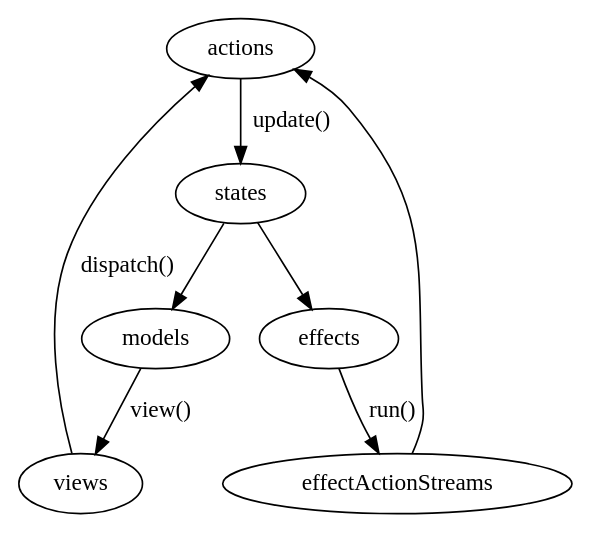
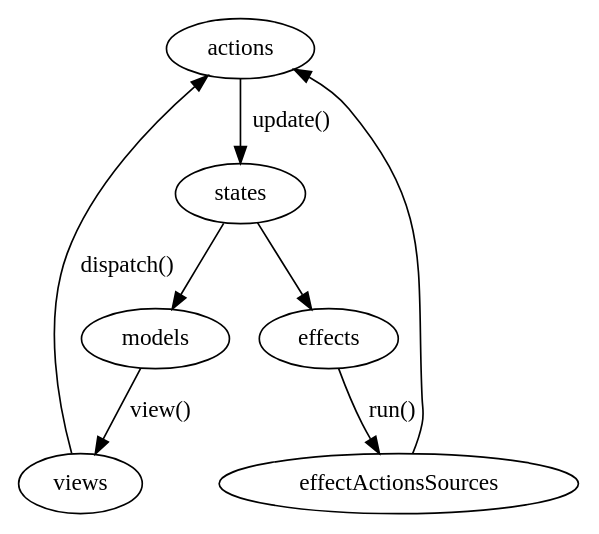
One commit to ahdinosaur/inu changed the diagram in assets/flow-diagram.dot. Above: the diagram before and after it, drawn with Graphviz. The commit also changed 9 other files, not shown here.

First line of the commit message:
s/streams/sources

```diff
--- a/assets/flow-diagram.dot
+++ b/assets/flow-diagram.dot
@@ -1,9 +1,9 @@
 digraph app {
   actions -> states [label="update()"]
   states -> models
   states -> effects
   models -> views [label="view()"]
   views -> actions [label="dispatch()"]
-  effects -> effectActionStreams [label="run()"]
-  effectActionStreams -> actions
+  effects -> effectActionsSources [label="run()"]
+  effectActionsSources -> actions
 }
```
